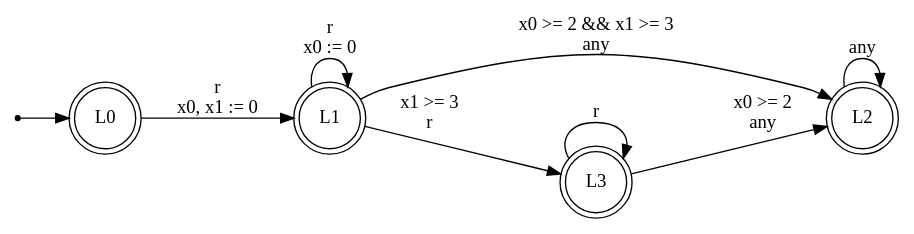
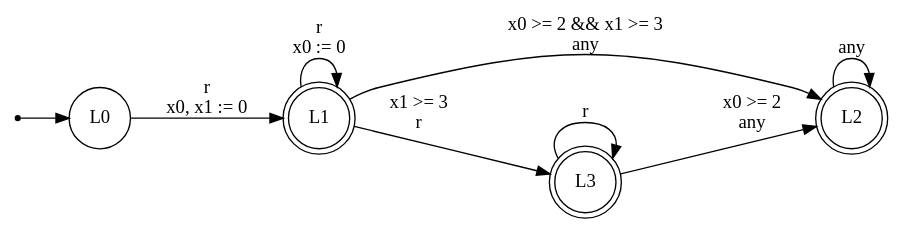
One commit to efares1/rocq-mtl-to-tba-translation changed the diagram in evaluation/compile_dot_random/X48.dot. Above: the diagram before and after it, drawn with Graphviz. The commit also changed 105 other files, not shown here.

```diff
--- a/evaluation/compile_dot_random/X48.dot
+++ b/evaluation/compile_dot_random/X48.dot
@@ -1,17 +1,17 @@
 digraph TBA {
   rankdir=LR;
   node [shape=circle];
   init [shape=point];
   init -> L0;
-  L0 [shape=doublecircle, label="L0"];
+  L0 [shape=circle, label="L0"];
   L1 [shape=doublecircle, label="L1"];
   L2 [shape=doublecircle, label="L2"];
   L3 [shape=doublecircle, label="L3"];
   L0 -> L1 [label="r\nx0, x1 := 0"];
+  L1 -> L2 [label="x0 >= 2 && x1 >= 3\nany"];
   L1 -> L1 [label="r\nx0 := 0"];
-  L1 -> L2 [label="x0 >= 2 && x1 >= 3\nany"];
   L1 -> L3 [label="x1 >= 3\nr"];
   L2 -> L2 [label="any"];
   L3 -> L2 [label="x0 >= 2\nany"];
   L3 -> L3 [label="r"];
 }
```
